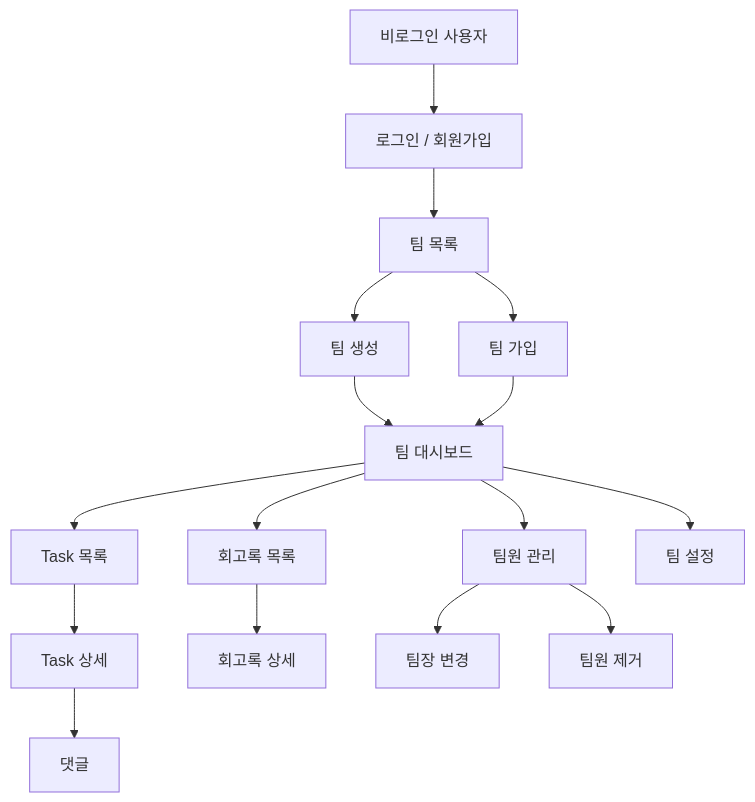
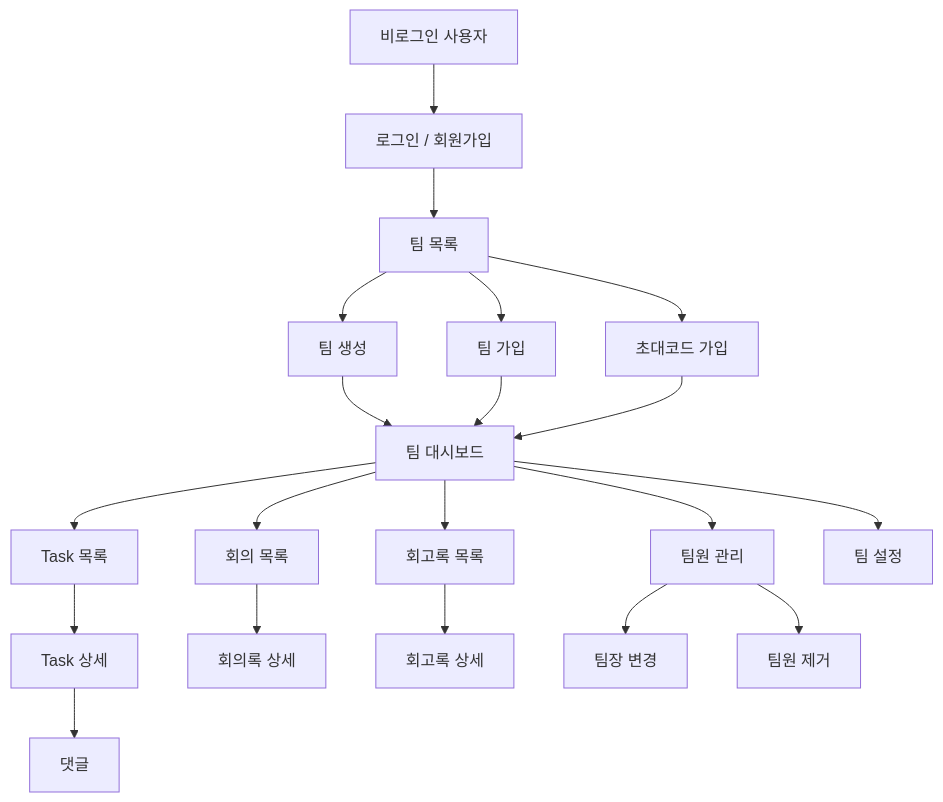
Before and after one commit to madcamp-official/26s-w1-c1-05: the first of 7 diagrams in IA.md, drawn with Mermaid. The commit also changed other lines of this file and 39 other files, not shown here.

````diff
--- a/IA.md
+++ b/IA.md
@@ -11,22 +11,27 @@
 ```mermaid
 flowchart TD
   A["비로그인 사용자"] --> B["로그인 / 회원가입"]
   B --> C["팀 목록"]
   C --> D["팀 생성"]
   C --> E["팀 가입"]
+  C --> P["초대코드 가입"]
   D --> F["팀 대시보드"]
   E --> F
+  P --> F
 
   F --> G["Task 목록"]
   G --> H["Task 상세"]
   H --> I["댓글"]
+
+  F --> Q["회의 목록"]
+  Q --> R["회의록 상세"]
 
   F --> J["회고록 목록"]
   J --> K["회고록 상세"]
 
   F --> L["팀원 관리"]
   L --> M["팀장 변경"]
   L --> N["팀원 제거"]
 
   F --> O["팀 설정"]
 ```
````
